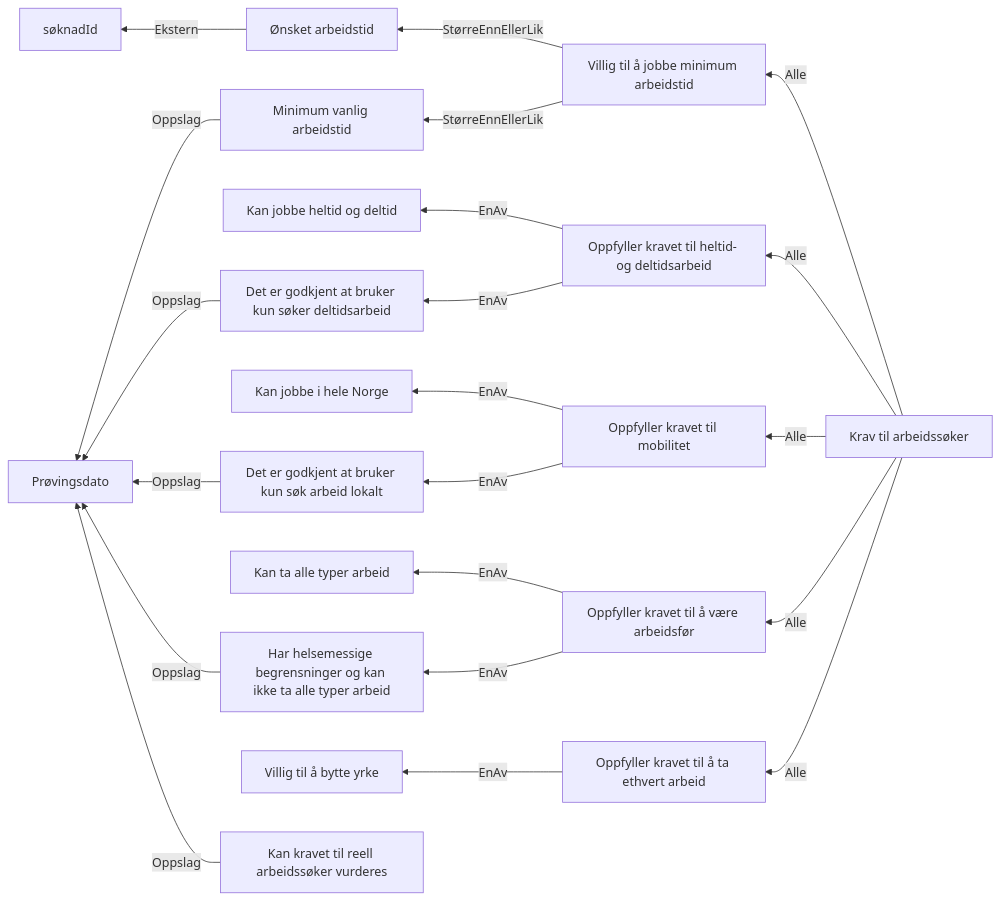
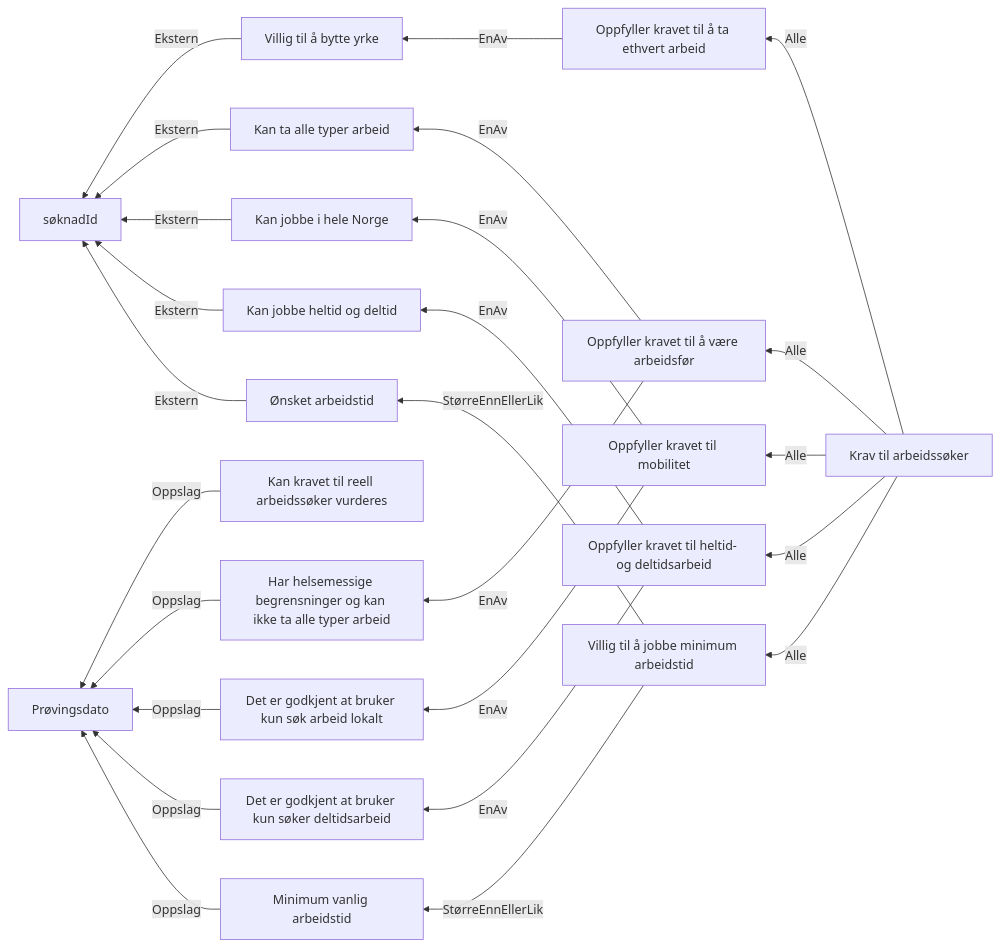
One commit to navikt/dp-behandling changed the diagram in docs/regler/§ 4-5. Reelle arbeidssøkere.approved.md. Above: the diagram before and after it, drawn with Mermaid. The commit also changed 5 other files, not shown here.

````diff
--- a/docs/regler/§ 4-5. Reelle arbeidssøkere.approved.md
+++ b/docs/regler/§ 4-5. Reelle arbeidssøkere.approved.md
@@ -5,23 +5,27 @@
 ```mermaid
 graph RL
   A["Ønsket arbeidstid"] -->|"Ekstern"| B["søknadId"]
   C["Minimum vanlig arbeidstid"] -->|"Oppslag"| D["Prøvingsdato"]
   E["Villig til å jobbe minimum arbeidstid"] -->|"StørreEnnEllerLik"| A["Ønsket arbeidstid"]
   E["Villig til å jobbe minimum arbeidstid"] -->|"StørreEnnEllerLik"| C["Minimum vanlig arbeidstid"]
-  F["Det er godkjent at bruker kun søker deltidsarbeid"] -->|"Oppslag"| D["Prøvingsdato"]
-  G["Det er godkjent at bruker kun søk arbeid lokalt"] -->|"Oppslag"| D["Prøvingsdato"]
-  H["Har helsemessige begrensninger og kan ikke ta alle typer arbeid"] -->|"Oppslag"| D["Prøvingsdato"]
-  I["Oppfyller kravet til heltid- og deltidsarbeid"] -->|"EnAv"| J["Kan jobbe heltid og deltid"]
-  I["Oppfyller kravet til heltid- og deltidsarbeid"] -->|"EnAv"| F["Det er godkjent at bruker kun søker deltidsarbeid"]
-  K["Oppfyller kravet til mobilitet"] -->|"EnAv"| L["Kan jobbe i hele Norge"]
-  K["Oppfyller kravet til mobilitet"] -->|"EnAv"| G["Det er godkjent at bruker kun søk arbeid lokalt"]
-  M["Oppfyller kravet til å være arbeidsfør"] -->|"EnAv"| N["Kan ta alle typer arbeid"]
-  M["Oppfyller kravet til å være arbeidsfør"] -->|"EnAv"| H["Har helsemessige begrensninger og kan ikke ta alle typer arbeid"]
-  O["Oppfyller kravet til å ta ethvert arbeid"] -->|"EnAv"| P["Villig til å bytte yrke"]
+  F["Kan jobbe heltid og deltid"] -->|"Ekstern"| B["søknadId"]
+  G["Det er godkjent at bruker kun søker deltidsarbeid"] -->|"Oppslag"| D["Prøvingsdato"]
+  H["Kan jobbe i hele Norge"] -->|"Ekstern"| B["søknadId"]
+  I["Det er godkjent at bruker kun søk arbeid lokalt"] -->|"Oppslag"| D["Prøvingsdato"]
+  J["Kan ta alle typer arbeid"] -->|"Ekstern"| B["søknadId"]
+  K["Har helsemessige begrensninger og kan ikke ta alle typer arbeid"] -->|"Oppslag"| D["Prøvingsdato"]
+  L["Villig til å bytte yrke"] -->|"Ekstern"| B["søknadId"]
+  M["Oppfyller kravet til heltid- og deltidsarbeid"] -->|"EnAv"| F["Kan jobbe heltid og deltid"]
+  M["Oppfyller kravet til heltid- og deltidsarbeid"] -->|"EnAv"| G["Det er godkjent at bruker kun søker deltidsarbeid"]
+  N["Oppfyller kravet til mobilitet"] -->|"EnAv"| H["Kan jobbe i hele Norge"]
+  N["Oppfyller kravet til mobilitet"] -->|"EnAv"| I["Det er godkjent at bruker kun søk arbeid lokalt"]
+  O["Oppfyller kravet til å være arbeidsfør"] -->|"EnAv"| J["Kan ta alle typer arbeid"]
+  O["Oppfyller kravet til å være arbeidsfør"] -->|"EnAv"| K["Har helsemessige begrensninger og kan ikke ta alle typer arbeid"]
+  P["Oppfyller kravet til å ta ethvert arbeid"] -->|"EnAv"| L["Villig til å bytte yrke"]
   Q["Krav til arbeidssøker"] -->|"Alle"| E["Villig til å jobbe minimum arbeidstid"]
-  Q["Krav til arbeidssøker"] -->|"Alle"| I["Oppfyller kravet til heltid- og deltidsarbeid"]
-  Q["Krav til arbeidssøker"] -->|"Alle"| K["Oppfyller kravet til mobilitet"]
-  Q["Krav til arbeidssøker"] -->|"Alle"| M["Oppfyller kravet til å være arbeidsfør"]
-  Q["Krav til arbeidssøker"] -->|"Alle"| O["Oppfyller kravet til å ta ethvert arbeid"]
+  Q["Krav til arbeidssøker"] -->|"Alle"| M["Oppfyller kravet til heltid- og deltidsarbeid"]
+  Q["Krav til arbeidssøker"] -->|"Alle"| N["Oppfyller kravet til mobilitet"]
+  Q["Krav til arbeidssøker"] -->|"Alle"| O["Oppfyller kravet til å være arbeidsfør"]
+  Q["Krav til arbeidssøker"] -->|"Alle"| P["Oppfyller kravet til å ta ethvert arbeid"]
   R["Kan kravet til reell arbeidssøker vurderes"] -->|"Oppslag"| D["Prøvingsdato"]
 ```
````
